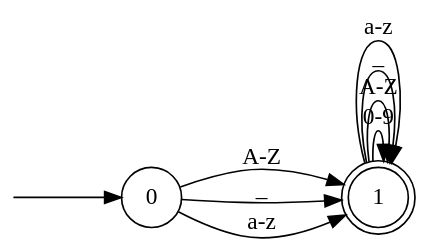
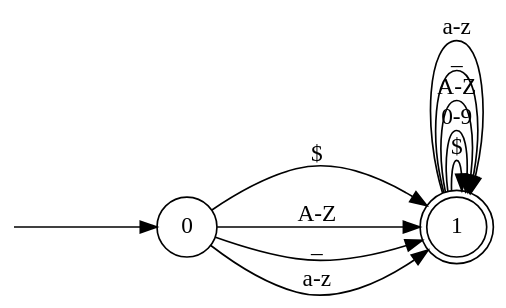
Before and after one commit to wincent/masochist: the diagram in packages/typescript/lexer/diagrams/IDENTIFIER-light.dot, drawn with Graphviz. The commit also changed 11 other files, not shown here.

```diff
--- a/packages/typescript/lexer/diagrams/IDENTIFIER-light.dot
+++ b/packages/typescript/lexer/diagrams/IDENTIFIER-light.dot
@@ -1,23 +1,25 @@
 digraph finite_state_machine {
   bgcolor = "transparent";
   rankdir = LR;
   ratio = 0.5625; // 16:9.
 
   // Invisible node from which to draw start transition to start state.
   node [style = invis]; -1;
 
   // Accept state.
   node [color = "black", fontcolor = "black", style = "", shape = doublecircle]; 1;
 
   // Catch-all (default) for remaining state.
   node [color = "black", fontcolor = "black", style = "", shape = circle, xlabel = ""];
 
   -1 -> 0 [color = "black", fontcolor = "black"];
+  0 -> 1 [color = "black", fontcolor = "black", label = "$"];
   0 -> 1 [color = "black", fontcolor = "black", label = "A-Z"];
   0 -> 1 [color = "black", fontcolor = "black", label = "_"];
   0 -> 1 [color = "black", fontcolor = "black", label = "a-z"];
+  1 -> 1 [color = "black", fontcolor = "black", label = "$"];
   1 -> 1 [color = "black", fontcolor = "black", label = "0-9"];
   1 -> 1 [color = "black", fontcolor = "black", label = "A-Z"];
   1 -> 1 [color = "black", fontcolor = "black", label = "_"];
   1 -> 1 [color = "black", fontcolor = "black", label = "a-z"];
 }
```
